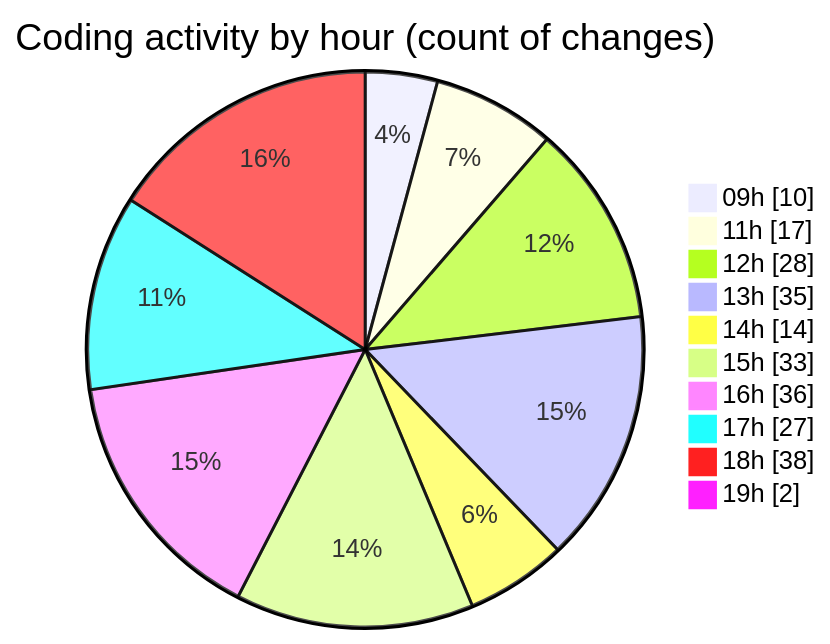
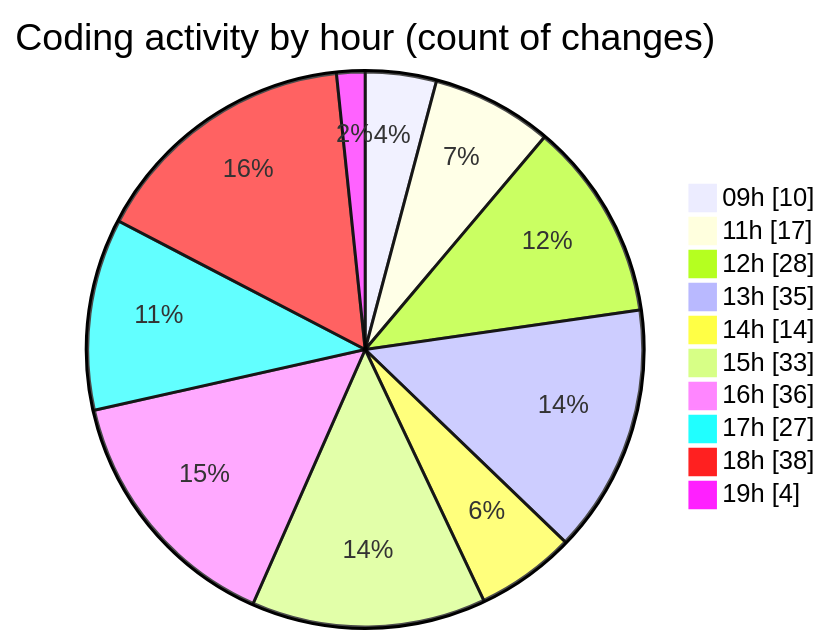
The second of 2 diagrams in 2026-05-07/cda/README.md (momahboobian/code-tracking), drawn with Mermaid before and after one commit. The commit also changed other lines of this file and 1 other file, not shown here.

````diff
--- a/2026-05-07/cda/README.md
+++ b/2026-05-07/cda/README.md
@@ -58,14 +58,14 @@
 ```mermaid
 pie showData
 title Coding activity by hour (count of changes)
 "09h" : 10
 "11h" : 17
 "12h" : 28
 "13h" : 35
 "14h" : 14
 "15h" : 33
 "16h" : 36
 "17h" : 27
 "18h" : 38
-"19h" : 2
+"19h" : 4
 ```
````
